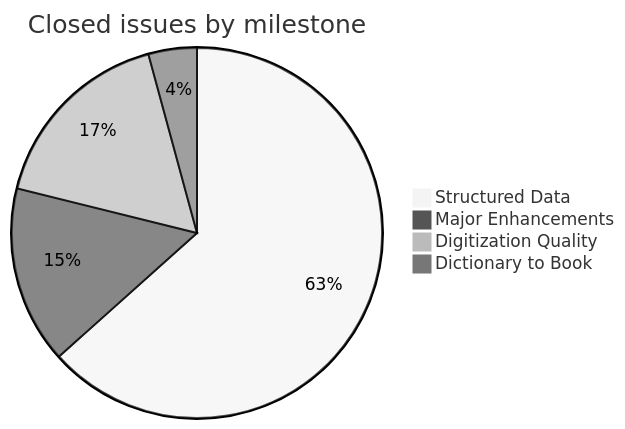
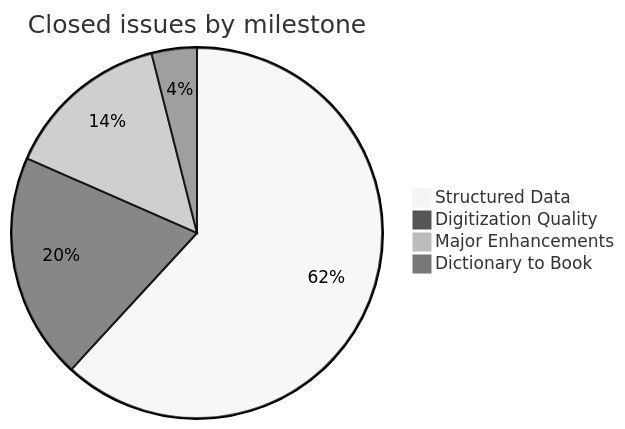
One commit to sanskrit-lexicon/PWK changed the first of 3 diagrams in readme.md. Above: the diagram before and after it, drawn with Mermaid (neutral theme). The commit also changed other lines of this file, not shown here.

````diff
--- a/readme.md
+++ b/readme.md
@@ -77,7 +76,7 @@
 ```mermaid
 pie title Closed issues by milestone
-    "Structured Data" : 45
+    "Structured Data" : 47
+    "Digitization Quality" : 15
     "Major Enhancements" : 11
-    "Digitization Quality" : 12
     "Dictionary to Book" : 3
 ```
````
